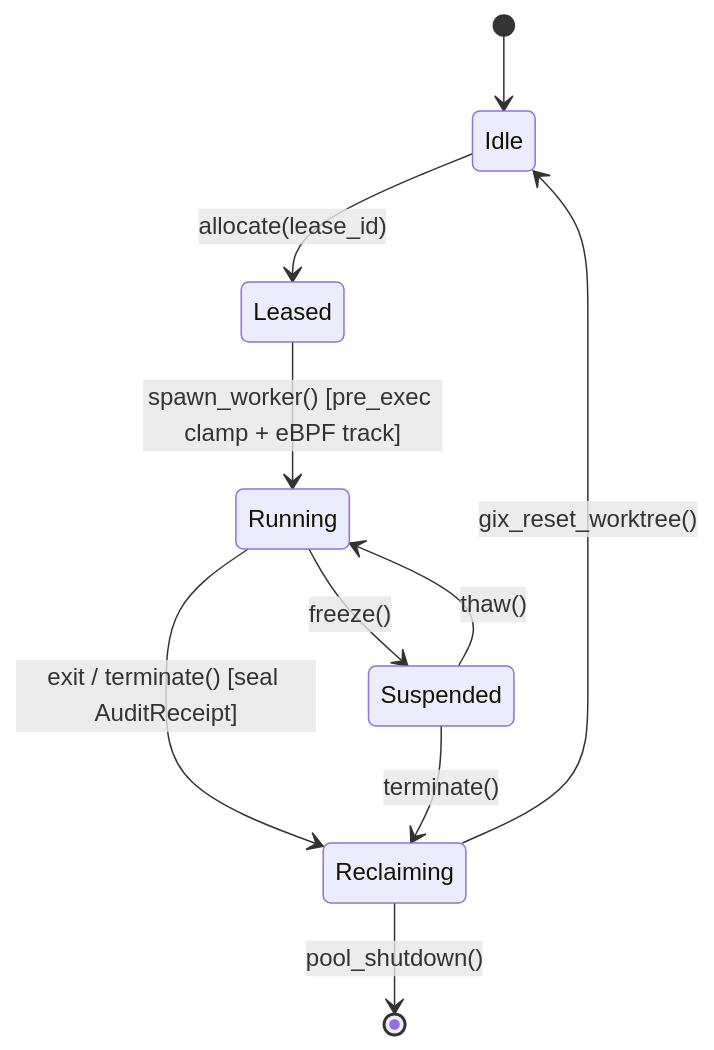
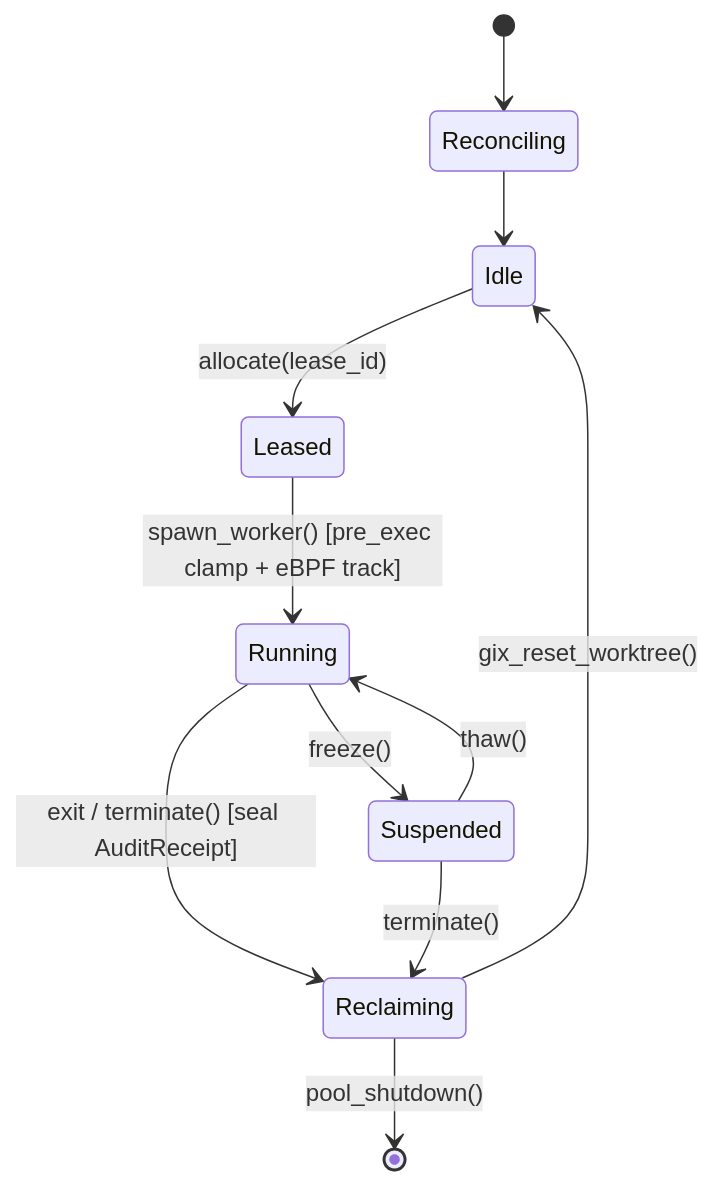
The diagram in specs/0015-slot-pool-cgroup-freezer-and-gitoxide.md (unsigned-gg/uas), drawn with Mermaid before and after one commit. The commit also changed other lines of this file, not shown here.

First line of the commit message:
docs(spec-0015): the Reconciling start state of spec 0040

````diff
--- a/specs/0015-slot-pool-cgroup-freezer-and-gitoxide.md
+++ b/specs/0015-slot-pool-cgroup-freezer-and-gitoxide.md
@@ -52,12 +52,13 @@
 ```mermaid
 stateDiagram-v2
-    [*] --> Idle
+    [*] --> Reconciling
+    Reconciling --> Idle
     Idle --> Leased: allocate(lease_id)
     Leased --> Running: spawn_worker() [pre_exec clamp + eBPF track]
     Running --> Suspended: freeze()
     Suspended --> Running: thaw()
     Running --> Reclaiming: exit / terminate() [seal AuditReceipt]
     Suspended --> Reclaiming: terminate()
     Reclaiming --> Idle: gix_reset_worktree()
     Reclaiming --> [*]: pool_shutdown()
 ```
````
